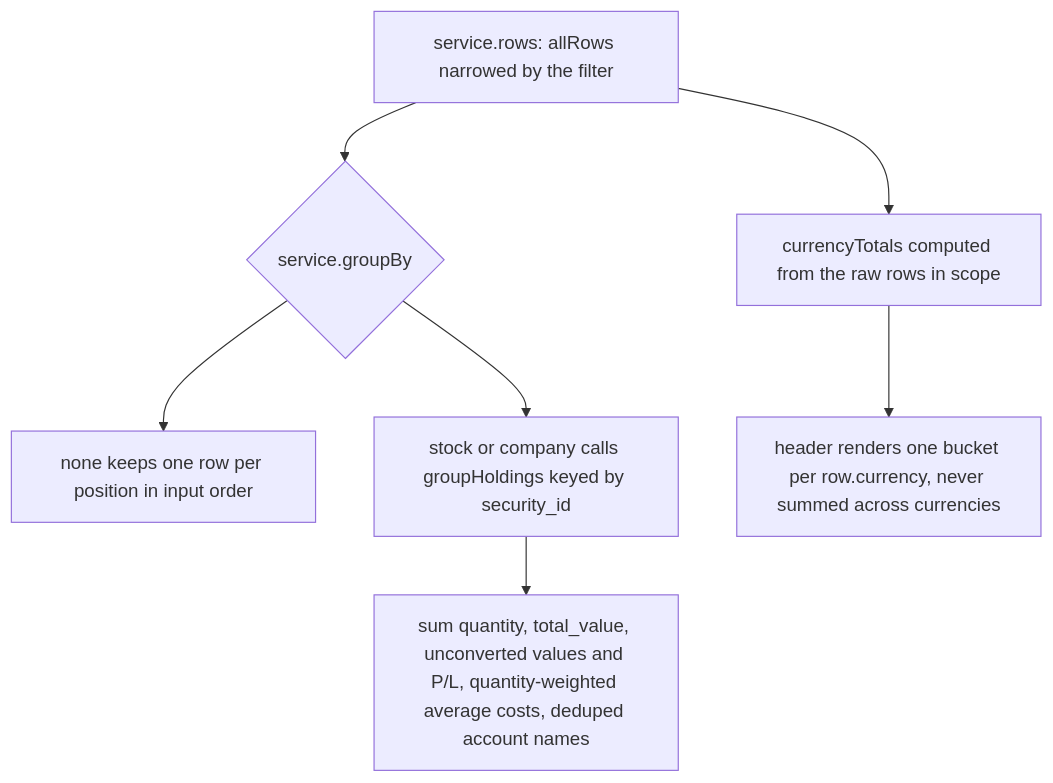
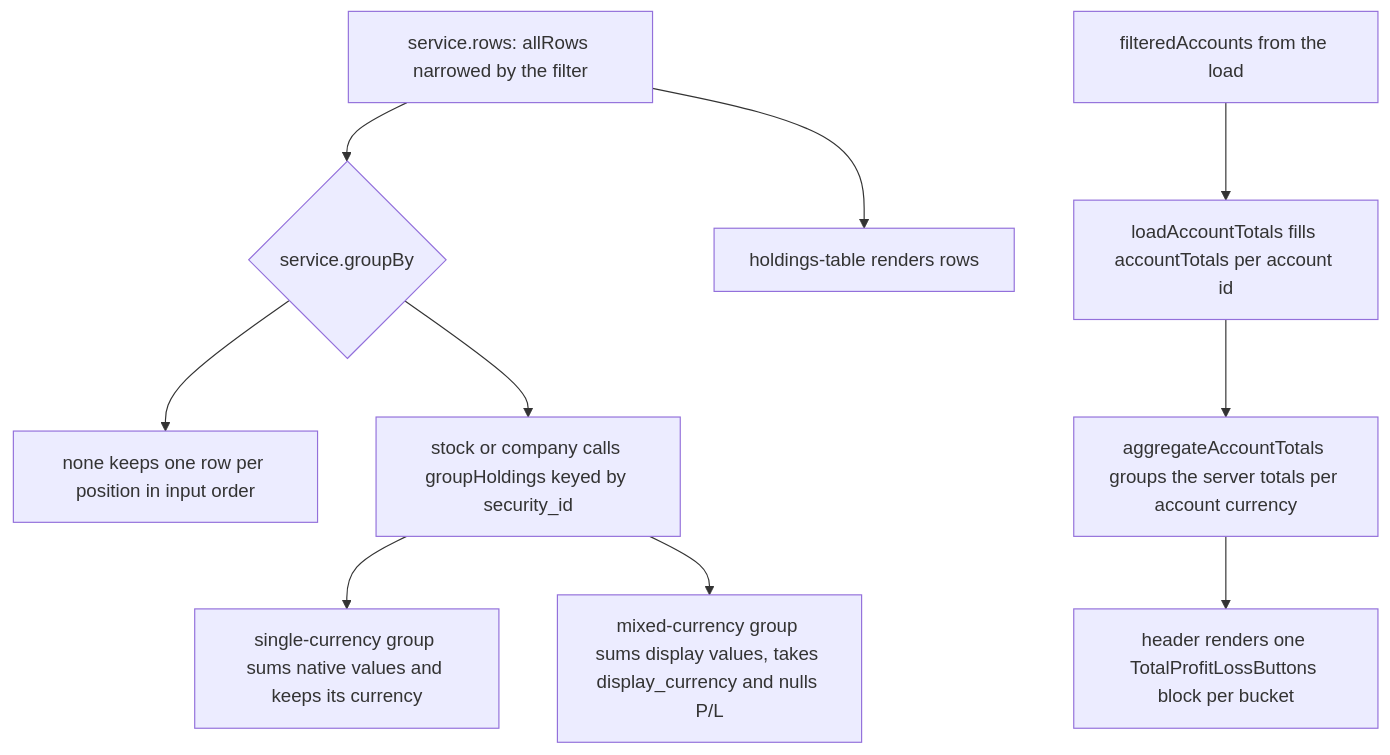
One commit to havekes/retail-portfolio changed the third of 3 diagrams in openwiki/workflows/accounts-and-holdings-views.md. Above: the diagram before and after it, drawn with Mermaid. The commit also changed other lines of this file and 57 other files, not shown here.

````diff
--- a/openwiki/workflows/accounts-and-holdings-views.md
+++ b/openwiki/workflows/accounts-and-holdings-views.md
@@ -549,9 +656,12 @@
 ```mermaid
 flowchart TD
     Rows["service.rows: allRows narrowed by the filter"] --> Mode{"service.groupBy"}
     Mode --> Flat["none keeps one row per position in input order"]
     Mode --> Stock["stock or company calls groupHoldings keyed by security_id"]
-    Stock --> Sums["sum quantity, total_value, unconverted values and P/L, quantity-weighted average costs, deduped account names"]
-    Rows --> Buckets["currencyTotals computed from the raw rows in scope"]
-    Buckets --> Render["header renders one bucket per row.currency, never summed across currencies"]
+    Stock --> Single["single-currency group sums native values and keeps its currency"]
+    Stock --> Mixed["mixed-currency group sums display values, takes display_currency and nulls P/L"]
+    Filtered["filteredAccounts from the load"] --> Wave["loadAccountTotals fills accountTotals per account id"]
+    Wave --> Buckets["aggregateAccountTotals groups the server totals per account currency"]
+    Buckets --> Header["header renders one TotalProfitLossButtons block per bucket"]
+    Rows --> Table["holdings-table renders rows"]
 ```
````
